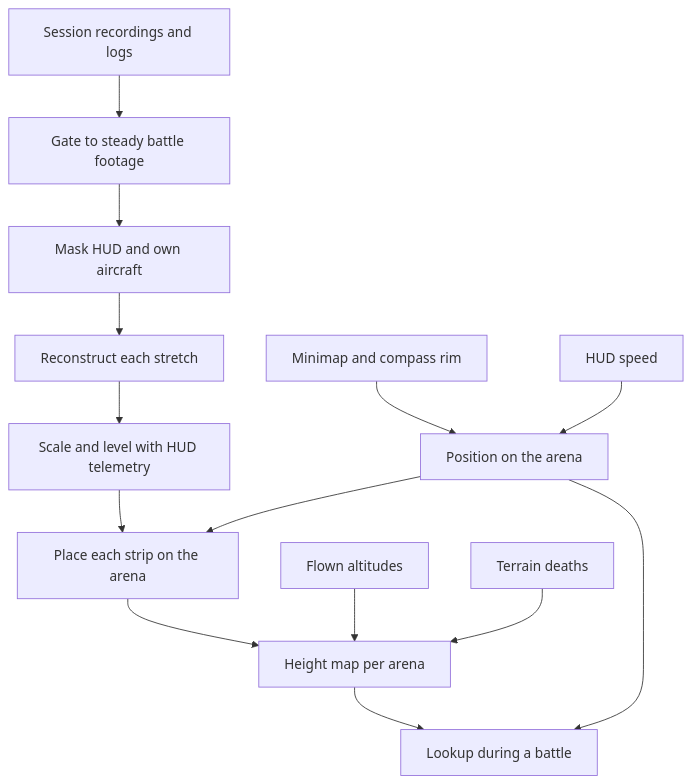
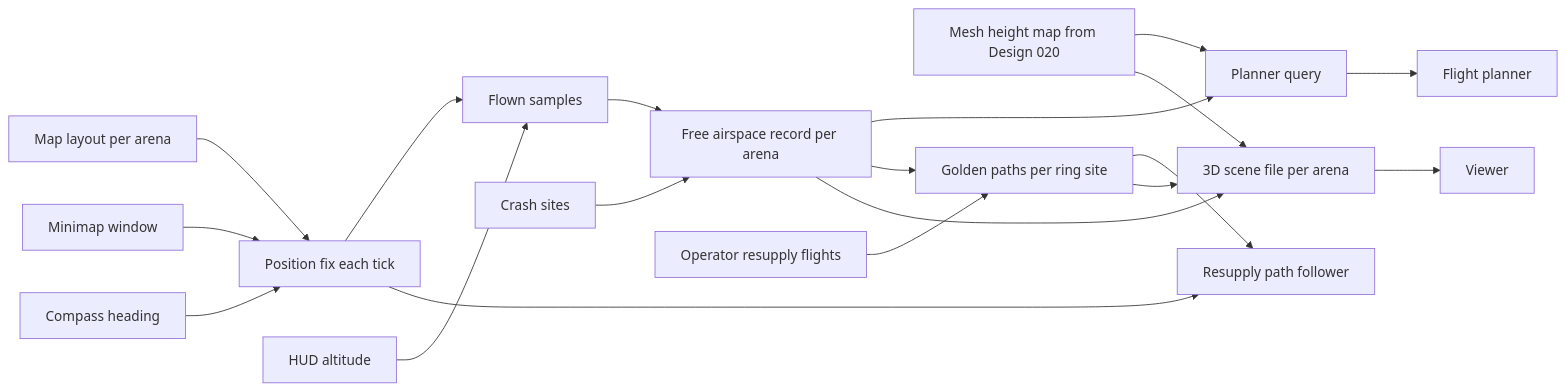
The first of 2 diagrams in docs/hldd/017-terrain-map-from-flight-footage-hldd.md (mhouse1/wingman), drawn with Mermaid before and after one commit. The commit also changed other lines of this file and 113 other files, not shown here.

````diff
--- a/docs/hldd/017-terrain-map-from-flight-footage-hldd.md
+++ b/docs/hldd/017-terrain-map-from-flight-footage-hldd.md
@@ -183,16 +87,21 @@
 ```mermaid
-flowchart TD
-    A[Session recordings and logs] --> B[Gate to steady battle footage]
-    B --> C[Mask HUD and own aircraft]
-    C --> D[Reconstruct each stretch]
-    D --> E[Scale and level with HUD telemetry]
-    E --> F[Place each strip on the arena]
-    G[Minimap and compass rim] --> P[Position on the arena]
-    S[HUD speed] --> P
+graph LR
+    L[Map layout per arena] --> P[Position fix each tick]
+    MM[Minimap window] --> P
+    C[Compass heading] --> P
+    P --> S[Flown samples]
+    A[HUD altitude] --> S
+    S --> R[Free airspace record per arena]
+    D[Crash sites] --> R
+    R --> Q[Planner query]
+    H[Mesh height map from Design 020] --> Q
+    Q --> FP[Flight planner]
+    O[Operator resupply flights] --> G[Golden paths per ring site]
+    R --> G
+    G --> F[Resupply path follower]
     P --> F
-    F --> H[Height map per arena]
-    I[Flown altitudes] --> H
-    J[Terrain deaths] --> H
-    H --> K[Lookup during a battle]
-    P --> K
+    R --> V[3D scene file per arena]
+    H --> V
+    G --> V
+    V --> VW[Viewer]
 ```
````
